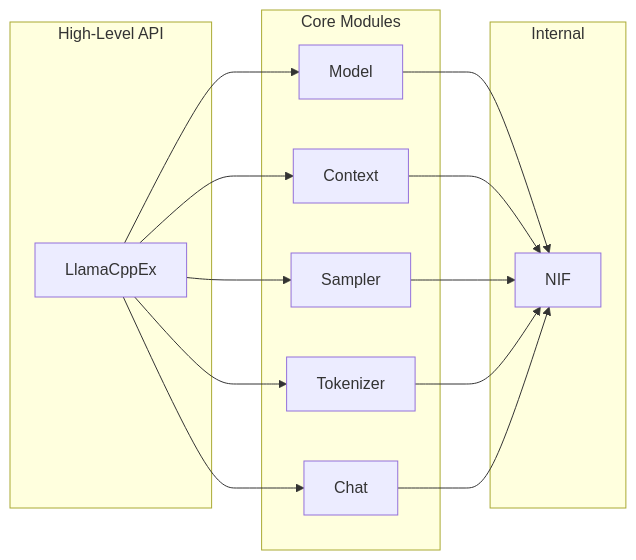
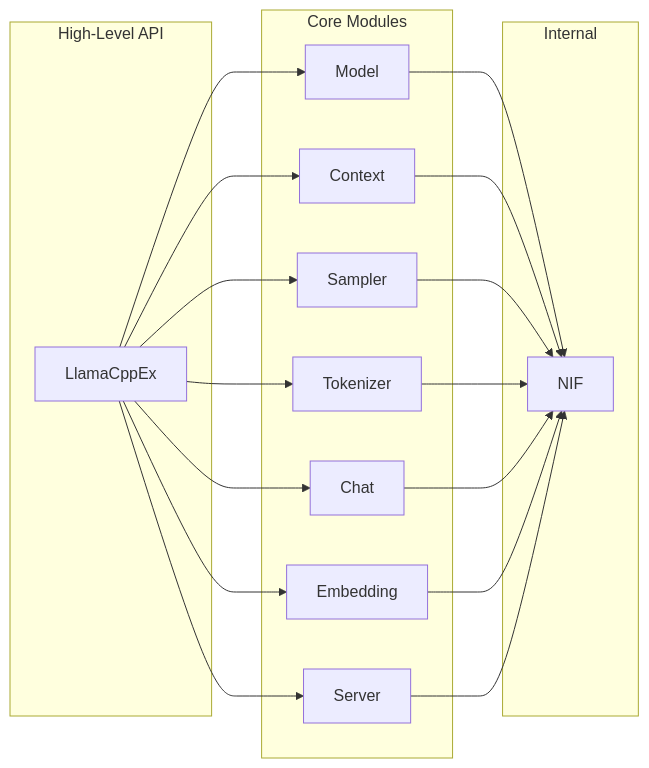
One commit to nyo16/llama_cpp_ex changed the second of 8 diagrams in docs/architecture.md. Above: the diagram before and after it, drawn with Mermaid. The commit also changed other lines of this file and 8 other files, not shown here.

````diff
--- a/docs/architecture.md
+++ b/docs/architecture.md
@@ -24,29 +24,35 @@
 ```mermaid
 graph LR
     subgraph "High-Level API"
         A[LlamaCppEx]
     end
 
     subgraph "Core Modules"
         B[Model]
         C[Context]
         D[Sampler]
         E[Tokenizer]
         F[Chat]
+        H[Embedding]
+        I[Server]
     end
 
     subgraph "Internal"
         G[NIF]
     end
 
     A --> B
     A --> C
     A --> D
     A --> E
     A --> F
+    A --> H
+    A --> I
     B --> G
     C --> G
     D --> G
     E --> G
     F --> G
+    H --> G
+    I --> G
 ```
````
